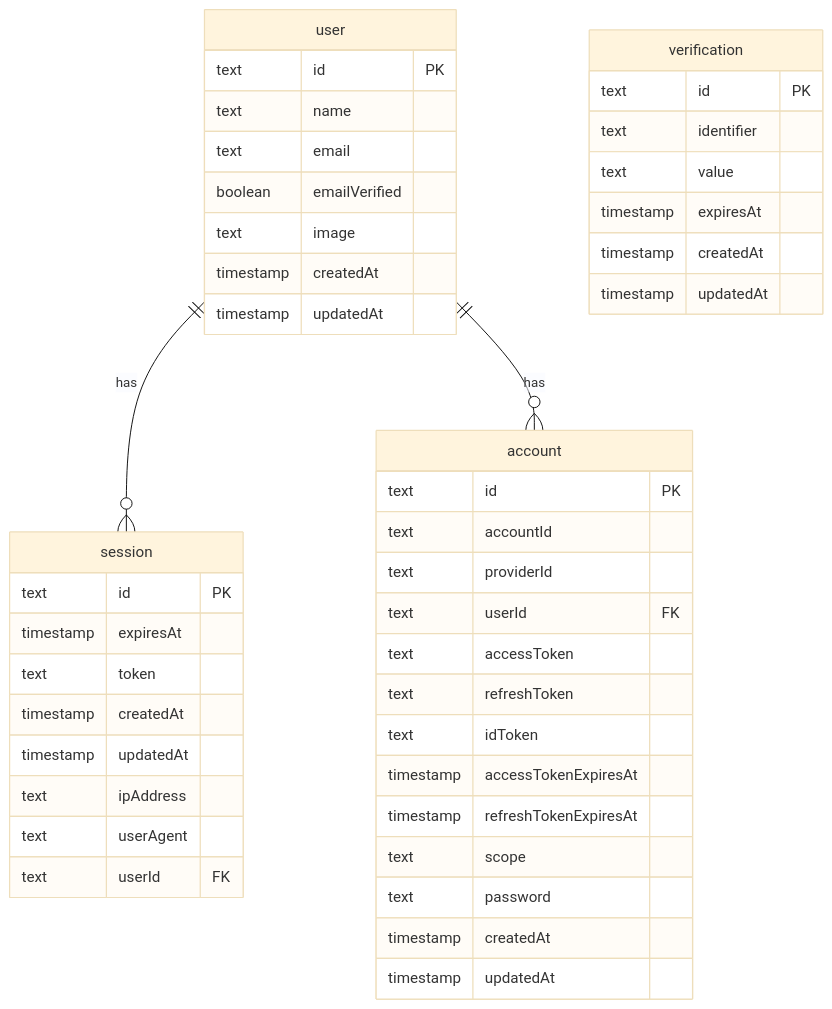
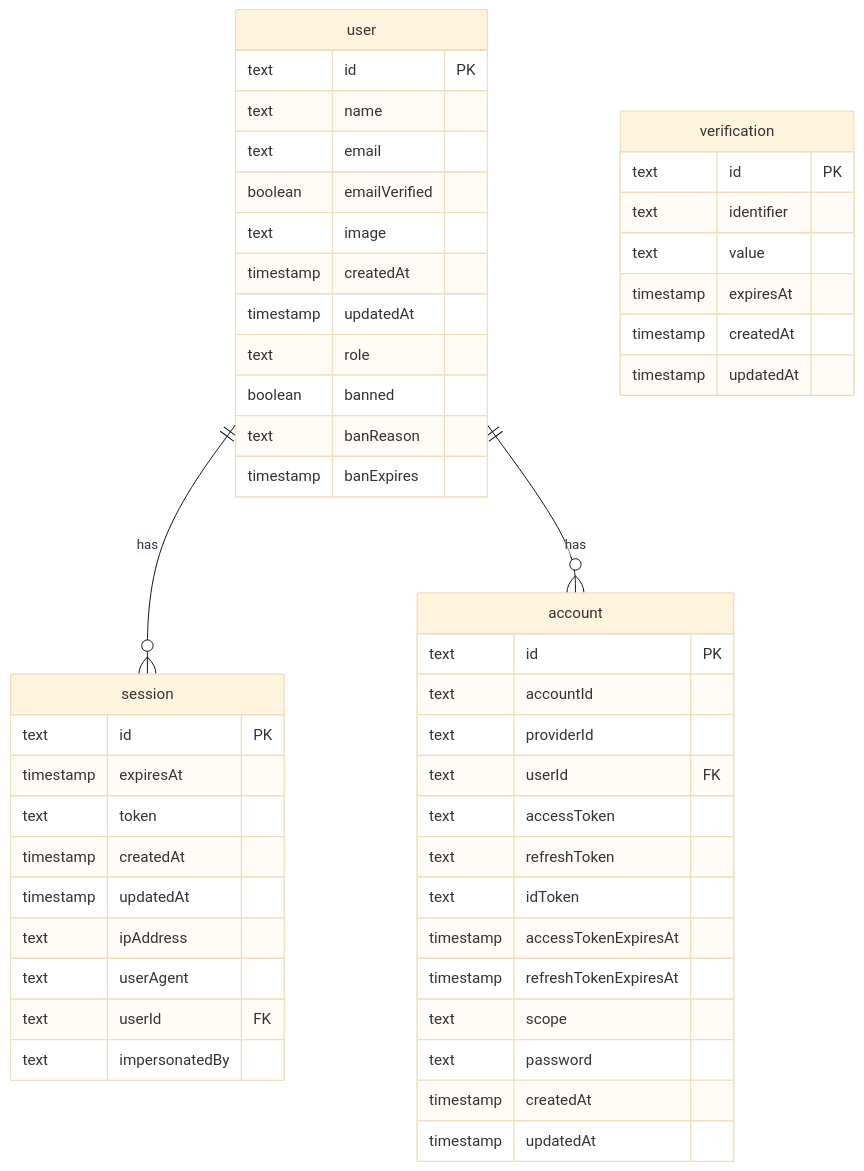
The diagram in docs/diagrams/auth.md (F-orge/logistics-management-go), drawn with Mermaid (base theme) before and after one commit. The commit also changed other lines of this file and 107 other files, not shown here.

First line of the commit message:
feat: Add Drizzle ORM schemas for IMS, TMS, and WMS domains

````diff
--- a/docs/diagrams/auth.md
+++ b/docs/diagrams/auth.md
@@ -1,51 +1,56 @@
 ```mermaid
 erDiagram
     user {
         text id PK
         text name
         text email
         boolean emailVerified
         text image
         timestamp createdAt
         timestamp updatedAt
+        text role
+        boolean banned
+        text banReason
+        timestamp banExpires
     }
 
     session {
         text id PK
         timestamp expiresAt
         text token
         timestamp createdAt
         timestamp updatedAt
         text ipAddress
         text userAgent
         text userId FK
+        text impersonatedBy
     }
 
     account {
         text id PK
         text accountId
         text providerId
         text userId FK
         text accessToken
         text refreshToken
         text idToken
         timestamp accessTokenExpiresAt
         timestamp refreshTokenExpiresAt
         text scope
         text password
         timestamp createdAt
         timestamp updatedAt
     }
 
     verification {
         text id PK
         text identifier
         text value
         timestamp expiresAt
         timestamp createdAt
         timestamp updatedAt
     }
 
     user ||--o{ session : "has"
     user ||--o{ account : "has"
 ```
````
